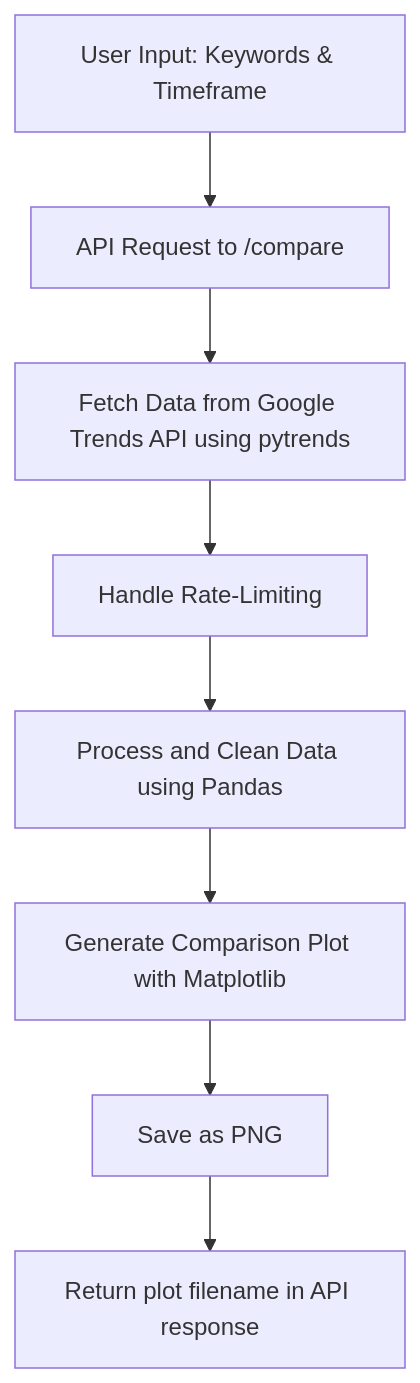
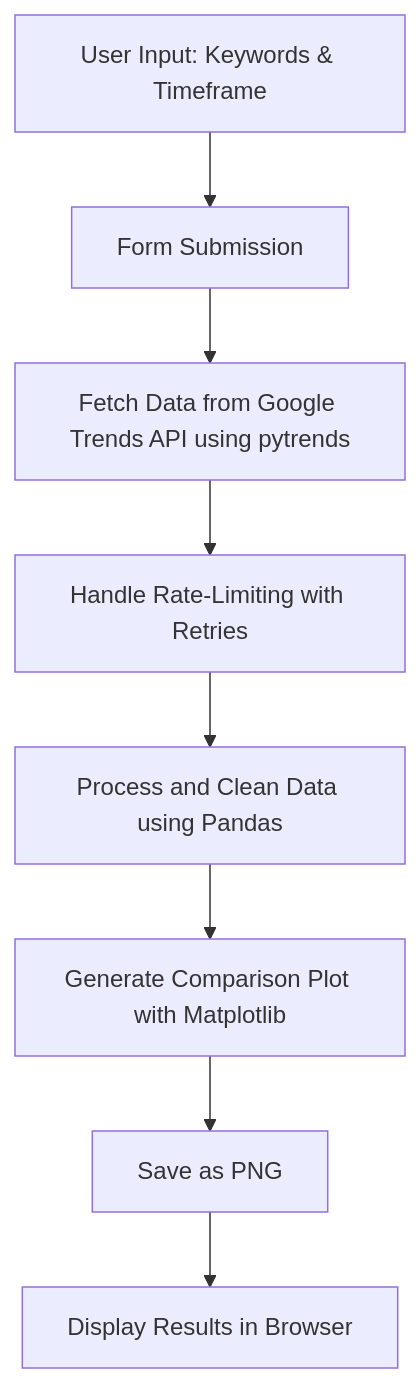
The second of 2 diagrams in README.md (ronknight/google-trends), drawn with Mermaid before and after one commit. The commit also changed other lines of this file and 4 other files, not shown here.

````diff
--- a/README.md
+++ b/README.md
@@ -172,10 +148,10 @@
 ```mermaid
 graph TD
-    A[User Input: Keywords & Timeframe] --> B[API Request to /compare]
+    A[User Input: Keywords & Timeframe] --> B[Form Submission]
     B --> C[Fetch Data from Google Trends API using pytrends]
-    C --> D[Handle Rate-Limiting]
+    C --> D[Handle Rate-Limiting with Retries]
     D --> E[Process and Clean Data using Pandas]
     E --> F[Generate Comparison Plot with Matplotlib]
     F --> G[Save as PNG]
-    G --> H[Return plot filename in API response]
+    G --> H[Display Results in Browser]
 ```
````
